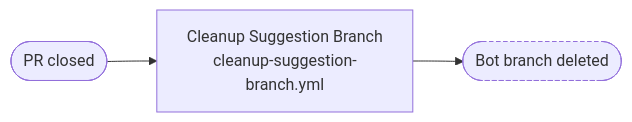
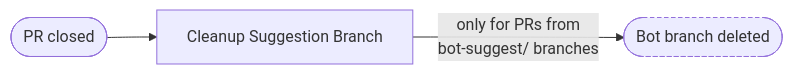
Before and after one commit to nfdi4health/dsSupportClient: the second of 15 diagrams in .github/workflow-graphs/README.md, drawn with Mermaid. The commit also changed other lines of this file, not shown here.

Commit message:
docs: update workflow diagrams

````diff
--- a/.github/workflow-graphs/README.md
+++ b/.github/workflow-graphs/README.md
@@ -67,9 +68,9 @@
 ```mermaid
 flowchart LR
   ev(["PR closed"])
-  wf_cleanup_suggestion_branch_yml["Cleanup Suggestion Branch<br/>cleanup-suggestion-<br/>branch.yml"]
+  wf_cleanup_suggestion_branch_yml["Cleanup Suggestion Branch"]
   ev --> wf_cleanup_suggestion_branch_yml
   out_1(["Bot branch deleted"]):::outcome
-  wf_cleanup_suggestion_branch_yml --> out_1
+  wf_cleanup_suggestion_branch_yml -- "only for PRs from<br/>bot-suggest/ branches" --> out_1
   classDef outcome stroke-dasharray: 4 3
 ```
````
